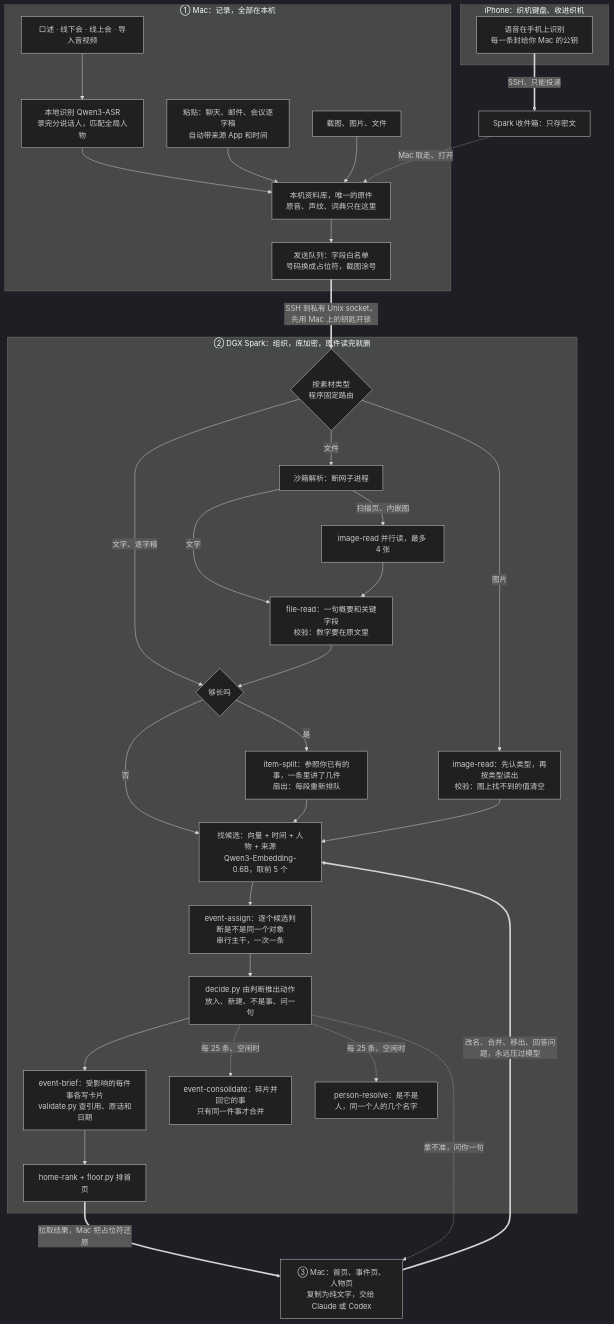
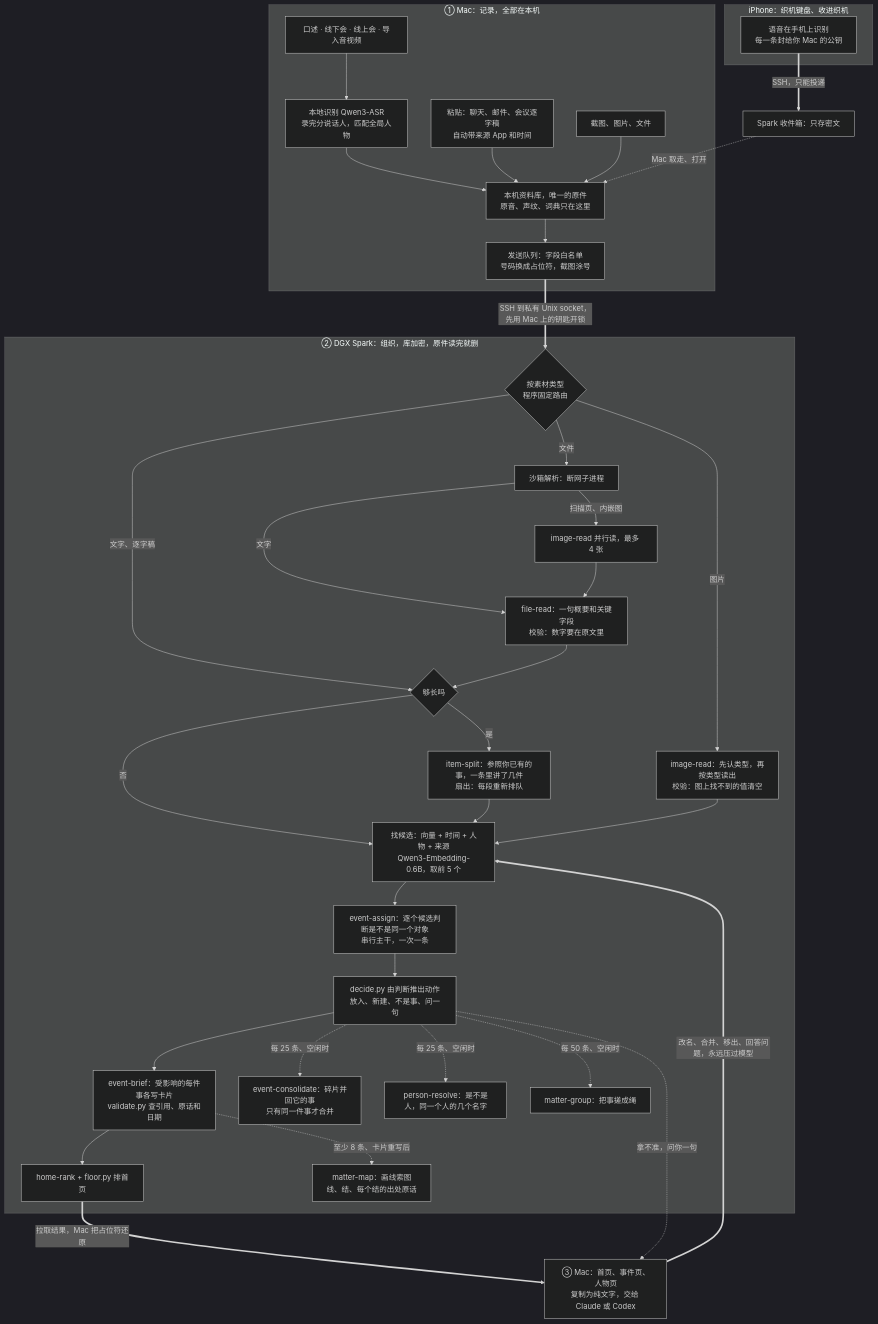
One commit to Yusong-Enceladus/mindloom changed the diagram in docs/ESSAY.md. Above: the diagram before and after it, drawn with Mermaid (dark theme). The commit also changed other lines of this file and 2 other files, not shown here.

````diff
--- a/docs/ESSAY.md
+++ b/docs/ESSAY.md
@@ -120,41 +123,43 @@
 ```mermaid
 graph TB
   subgraph PHONE [iPhone：织机键盘、收进织机]
     P1["语音在手机上识别<br/>每一条封给你 Mac 的公钥"]
   end
   subgraph MAC [① Mac：记录，全部在本机]
     A1["口述 · 线下会 · 线上会 · 导入音视频"] --> ASR["本地识别 Qwen3-ASR<br/>录完分说话人，匹配全局人物"]
     A2["粘贴：聊天、邮件、会议逐字稿<br/>自动带来源 App 和时间"]
     A3["截图、图片、文件"]
     ASR --> LIB["本机资料库，唯一的原件<br/>原音、声纹、词典只在这里"]
     A2 --> LIB
     A3 --> LIB
     LIB --> OUT["发送队列：字段白名单<br/>号码换成占位符，截图涂号"]
   end
   P1 ==>|SSH，只能投递| INBOX["Spark 收件箱：只存密文"]
   INBOX -.->|Mac 取走、打开| LIB
   OUT ==>|SSH 到私有 Unix socket，先用 Mac 上的钥匙开锁| ROUTE
   subgraph SPARK [② DGX Spark：组织，库加密，原件读完就删]
     ROUTE{"按素材类型<br/>程序固定路由"}
     ROUTE -->|图片| IR["image-read：先认类型，再按类型读出<br/>校验：图上找不到的值清空"]
     ROUTE -->|文件| FP["沙箱解析：断网子进程"]
     FP -->|扫描页、内嵌图| IR2["image-read 并行读，最多 4 张"]
     FP -->|文字| FR["file-read：一句概要和关键字段<br/>校验：数字要在原文里"]
     IR2 --> FR
     ROUTE -->|文字、逐字稿| LEN{"够长吗"}
     FR --> LEN
     LEN -->|是| SPLIT["item-split：参照你已有的事，一条里讲了几件<br/>扇出：每段重新排队"]
     LEN -->|否| CAND
     SPLIT --> CAND
     IR --> CAND
     CAND["找候选：向量 + 时间 + 人物 + 来源<br/>Qwen3-Embedding-0.6B，取前 5 个"] --> EA["event-assign：逐个候选判断是不是同一个对象<br/>串行主干，一次一条"]
     EA --> DEC["decide.py 由判断推出动作<br/>放入、新建、不是事、问一句"]
     DEC --> BR["event-brief：受影响的每件事各写卡片<br/>validate.py 查引用、原话和日期"]
     BR --> RANK["home-rank + floor.py 排首页"]
     DEC -.->|每 25 条、空闲时| CONS["event-consolidate：碎片并回它的事<br/>只有同一件事才合并"]
     DEC -.->|每 25 条、空闲时| PPL["person-resolve：是不是人，同一个人的几个名字"]
+    BR -.->|至少 8 条、卡片重写后| MAP["matter-map：画线索图<br/>线、结、每个结的出处原话"]
+    DEC -.->|每 50 条、空闲时| GRP["matter-group：把事搓成绳"]
   end
   RANK ==>|拉取结果，Mac 把占位符还原| UI["③ Mac：首页、事件页、人物页<br/>复制为纯文字，交给 Claude 或 Codex"]
   DEC -.->|拿不准，问你一句| UI
   UI ==>|改名、合并、移出、回答问题，永远压过模型| CAND
 ```
````
